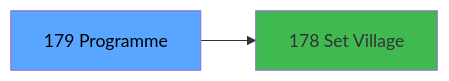
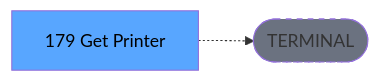
One commit to thonyAGP/lecteur-magic changed the third of 3 diagrams in .openspec/renders/ADH-IDE-179.md. Above: the diagram before and after it, drawn with Mermaid. The commit also changed other lines of this file and 701 other files, not shown here.

````diff
--- a/.openspec/renders/ADH-IDE-179.md
+++ b/.openspec/renders/ADH-IDE-179.md
@@ -168,8 +136,8 @@
 ```mermaid
 graph LR
-    T[179 Programme]
-    C178[178 Set Village ]
-    T --> C178
+    T[179 Get Printer]
+    TERM([TERMINAL])
+    T -.-> TERM
+    style TERM fill:#6b7280,stroke-dasharray: 5 5
     style T fill:#58a6ff,color:#000
-    style C178 fill:#3fb950
 ```
````
